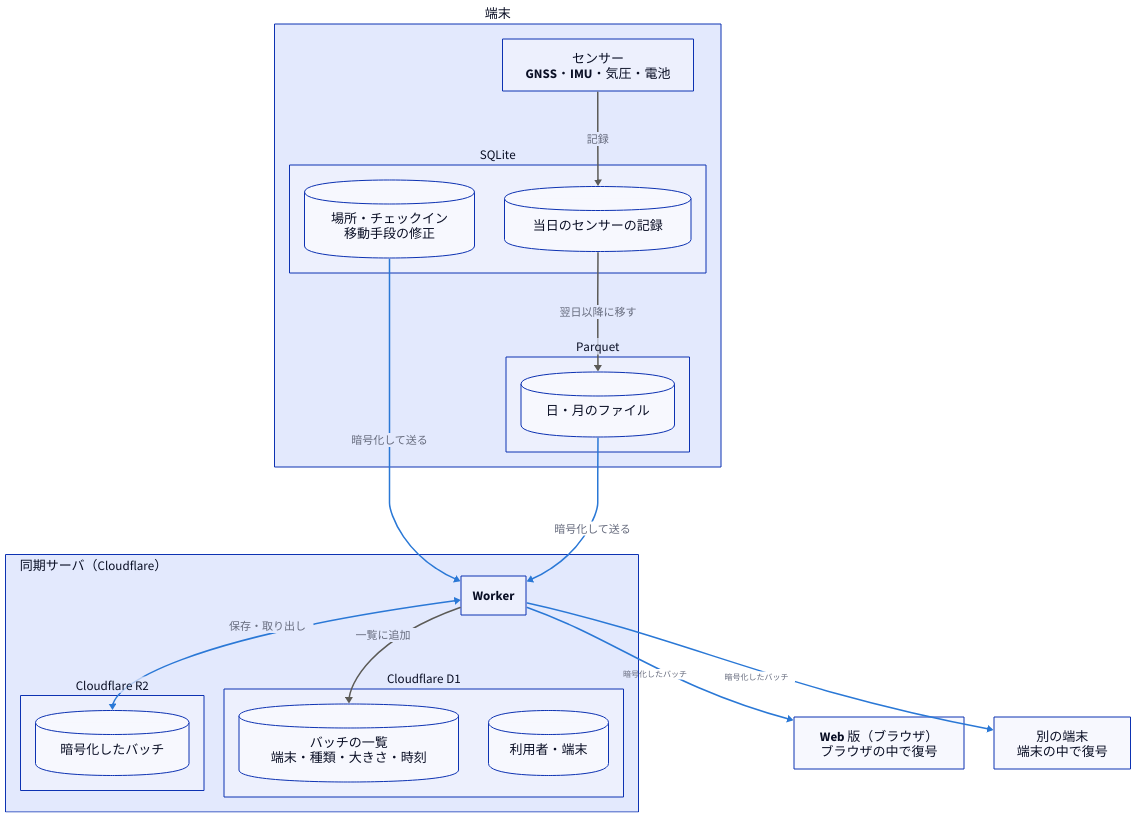
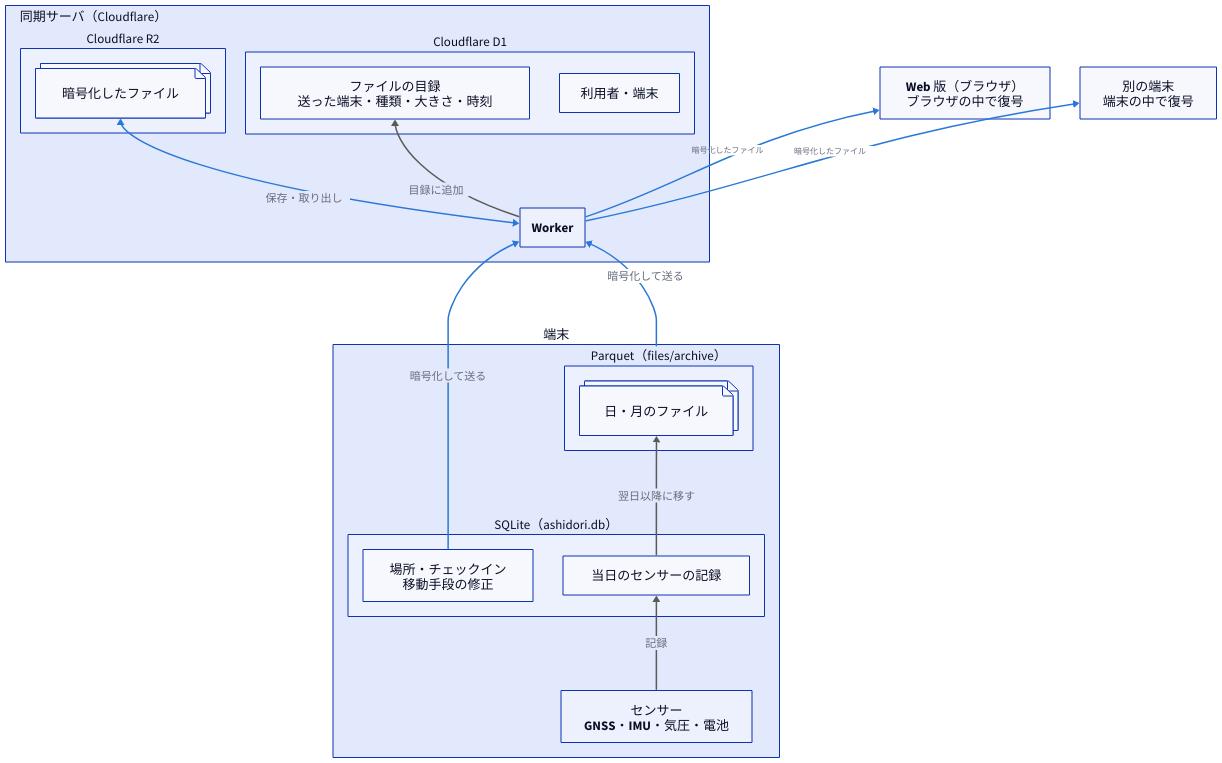
The diagram in docs/diagrams/data-flow.d2 (sksat/ashidori), drawn with D2 before and after one commit. The commit also changed 2 other files, not shown here.

Commit message:
README diagram: the cloud on top, tables as tables, files stacked, no batches
One SQLite database whose tables are rectangles, the Parquet files and R2 objects drawn as stacks of files, D1's list called the catalogue of the files, the cloud above the device (direction up), and 'batch' replaced by 'encrypted file' in the diagram and the README table.

Claude-Session: https://claude.ai/code/session_017t1ggPhSxMpk4m7mc72YJC

```diff
--- a/docs/diagrams/data-flow.d2
+++ b/docs/diagrams/data-flow.d2
@@ -1,58 +1,59 @@
 # データフロー（README）
-# 端末は記録を暗号化したバッチにして送り、同期サーバは暗号化したバッチと
-# その一覧だけを持つ。復号できるのは利用者の端末とペアリングしたブラウザだけ。
-direction: down
+# 端末は記録を暗号化したファイルにして送り、同期サーバは暗号化したファイルと
+# その目録だけを持つ。復号できるのは利用者の端末とペアリングしたブラウザだけ。
+direction: up
 
 *.style.font-size: 26
 *.*.style.font-size: 26
 *.*.*.style.font-size: 26
 (** -> **)[*].style.font-size: 22
 (** <-> **)[*].style.font-size: 22
 
 # Every arrow points the way the data moves: written on the device, or sent
 # encrypted over the network.
 classes: {
   local: {style: {stroke: "#5b5a56"; stroke-width: 3}}
   encrypted: {style: {stroke: "#2a78d6"; stroke-width: 3}}
 }
 
 phone: 端末 {
   sensors: "センサー\nGNSS・IMU・気圧・電池"
 
-  sqlite: SQLite {
-    today: 当日のセンサーの記録 {shape: cylinder}
-    edits: "場所・チェックイン\n移動手段の修正" {shape: cylinder}
+  # One database (ashidori.db); its tables are rectangles.
+  sqlite: "SQLite（ashidori.db）" {
+    today: 当日のセンサーの記録
+    edits: "場所・チェックイン\n移動手段の修正"
   }
 
-  parquet: Parquet {
-    files: 日・月のファイル {shape: cylinder}
+  parquet: "Parquet（files/archive）" {
+    files: 日・月のファイル {shape: page; style.multiple: true}
   }
 
   sensors -> sqlite.today: 記録 {class: local}
   sqlite.today -> parquet.files: 翌日以降に移す {class: local}
 }
 
 cf: 同期サーバ（Cloudflare） {
   label.near: top-left
   worker: Worker
 
   r2: Cloudflare R2 {
-    batches: 暗号化したバッチ {shape: cylinder}
+    batches: 暗号化したファイル {shape: page; style.multiple: true}
   }
 
   d1: Cloudflare D1 {
-    index: "バッチの一覧\n端末・種類・大きさ・時刻" {shape: cylinder}
-    accounts: "利用者・端末" {shape: cylinder}
+    index: "ファイルの目録\n送った端末・種類・大きさ・時刻"
+    accounts: "利用者・端末"
   }
 
   worker <-> r2.batches: 保存・取り出し {class: encrypted}
-  worker -> d1.index: 一覧に追加 {class: local}
+  worker -> d1.index: 目録に追加 {class: local}
 }
 
 web: "Web 版（ブラウザ）\nブラウザの中で復号"
 other: "別の端末\n端末の中で復号"
 
 phone.sqlite.edits -> cf.worker: 暗号化して送る {class: encrypted}
-phone.parquet.files -> cf.worker: 暗号化して送る {class: encrypted}
-web <- cf.worker: 暗号化したバッチ {class: encrypted}
-other <- cf.worker: 暗号化したバッチ {class: encrypted}
+phone.parquet -> cf.worker: 暗号化して送る {class: encrypted}
+web <- cf.worker: 暗号化したファイル {class: encrypted}
+other <- cf.worker: 暗号化したファイル {class: encrypted}
```
